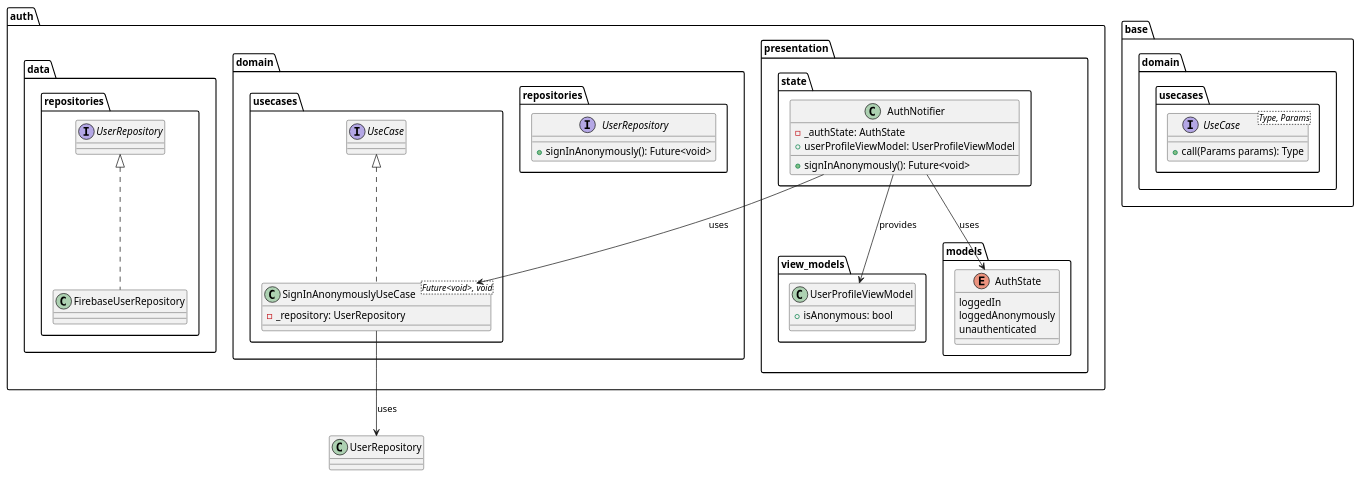
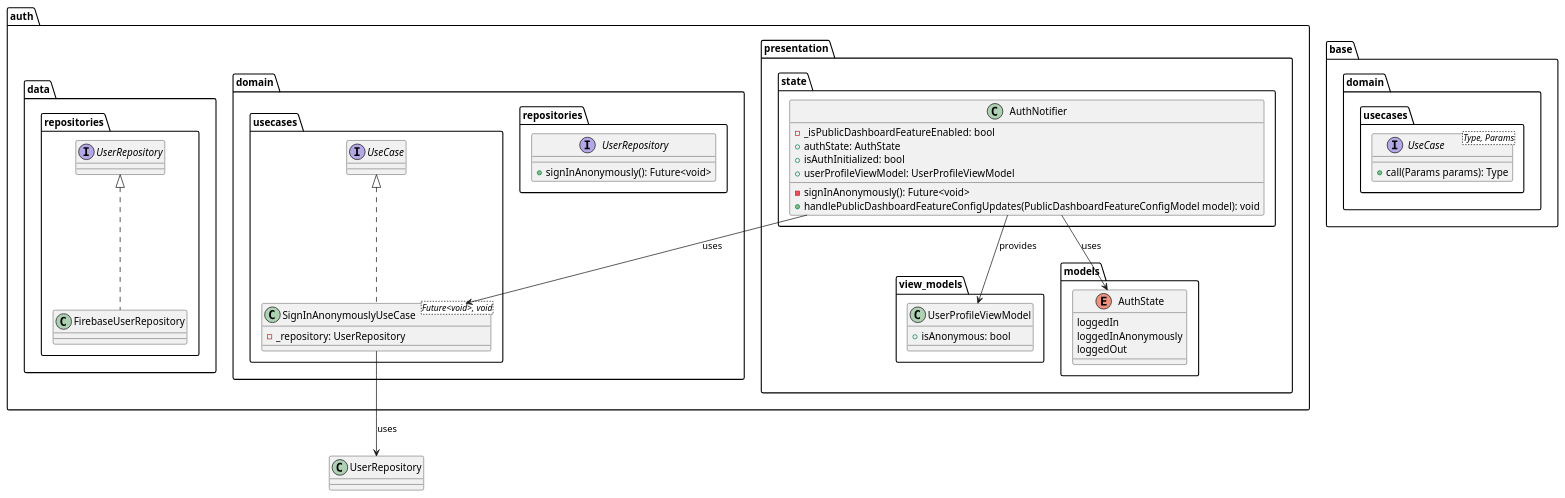
Before and after one commit to Flank/flank-dashboard: the diagram in metrics/web/docs/features/public_dashboard/diagrams/public_dashboard_auth_class_diagram.puml, drawn with PlantUML. The commit also changed 4 other files, not shown here.

Commit message:
[WIP] Implement new component diagram. Add overall class diagram. Rewrite the architecture section.

```diff
--- a/metrics/web/docs/features/public_dashboard/diagrams/public_dashboard_auth_class_diagram.puml
+++ b/metrics/web/docs/features/public_dashboard/diagrams/public_dashboard_auth_class_diagram.puml
@@ -1,57 +1,60 @@
 @startuml public_dashboard_auth_class_diagram
 
 package base.domain.usecases {
     interface UseCase<Type, Params> {
         + call(Params params): Type
     }
 }
 
 package auth {
     package presentation {
         package view_models {
             class UserProfileViewModel {
                 + isAnonymous: bool
             }
         }
 
         package models {
             enum AuthState {
                  loggedIn
-                 loggedAnonymously
-                 unauthenticated
+                 loggedInAnonymously
+                 loggedOut
             }
         }
 
         package state {
             class AuthNotifier {
-                - _authState: AuthState
+                - _isPublicDashboardFeatureEnabled: bool
+                + authState: AuthState
+                + isAuthInitialized: bool
                 + userProfileViewModel: UserProfileViewModel
-                + signInAnonymously(): Future<void>
+                - signInAnonymously(): Future<void>
+                + handlePublicDashboardFeatureConfigUpdates(PublicDashboardFeatureConfigModel model): void
             }
         }
     }
 
     package domain {
         package repositories {
             interface UserRepository {
                 + signInAnonymously(): Future<void>
             }
         }
 
         package usecases {
             class SignInAnonymouslyUseCase<Future<void>, void> implements UseCase {
                 - _repository: UserRepository
             }
         }
     }
 
     package data.repositories {
         class FirebaseUserRepository implements UserRepository {}
     }
 }
 
 SignInAnonymouslyUseCase --> UserRepository: uses
 AuthNotifier --> SignInAnonymouslyUseCase: uses
 AuthNotifier --> AuthState: uses
 AuthNotifier --> UserProfileViewModel: provides
 @enduml
```
